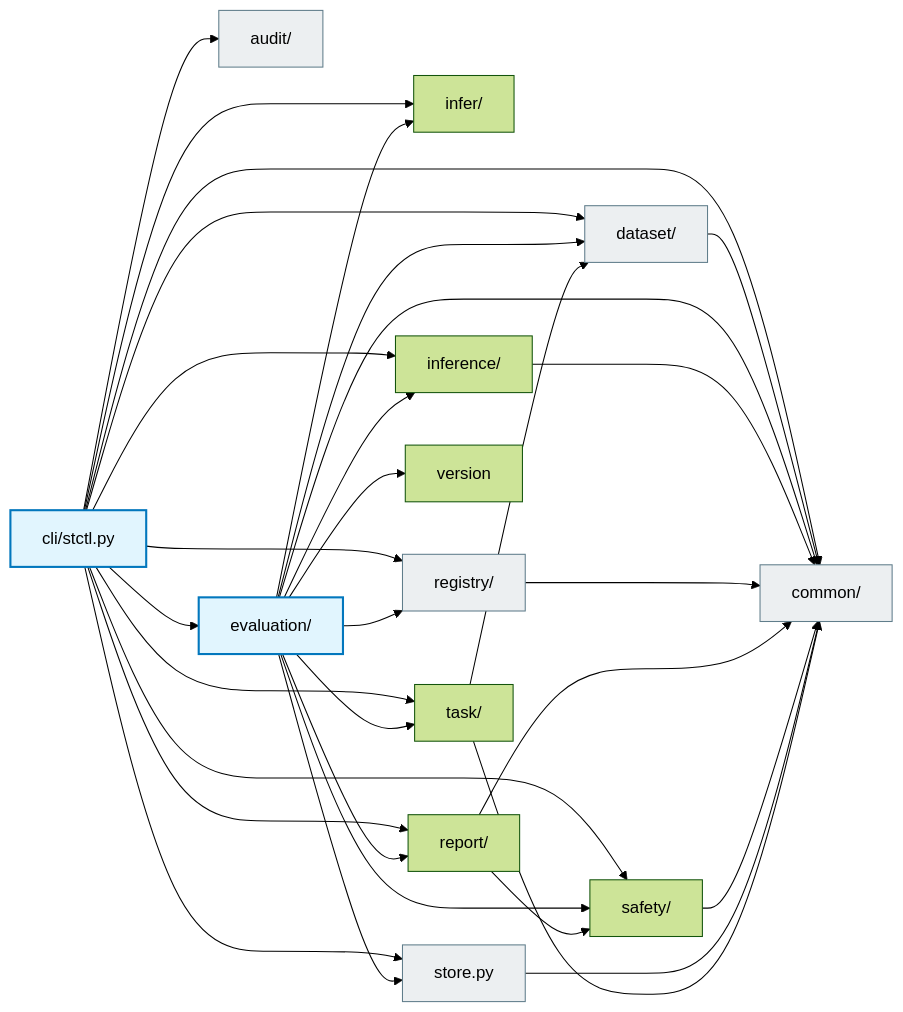
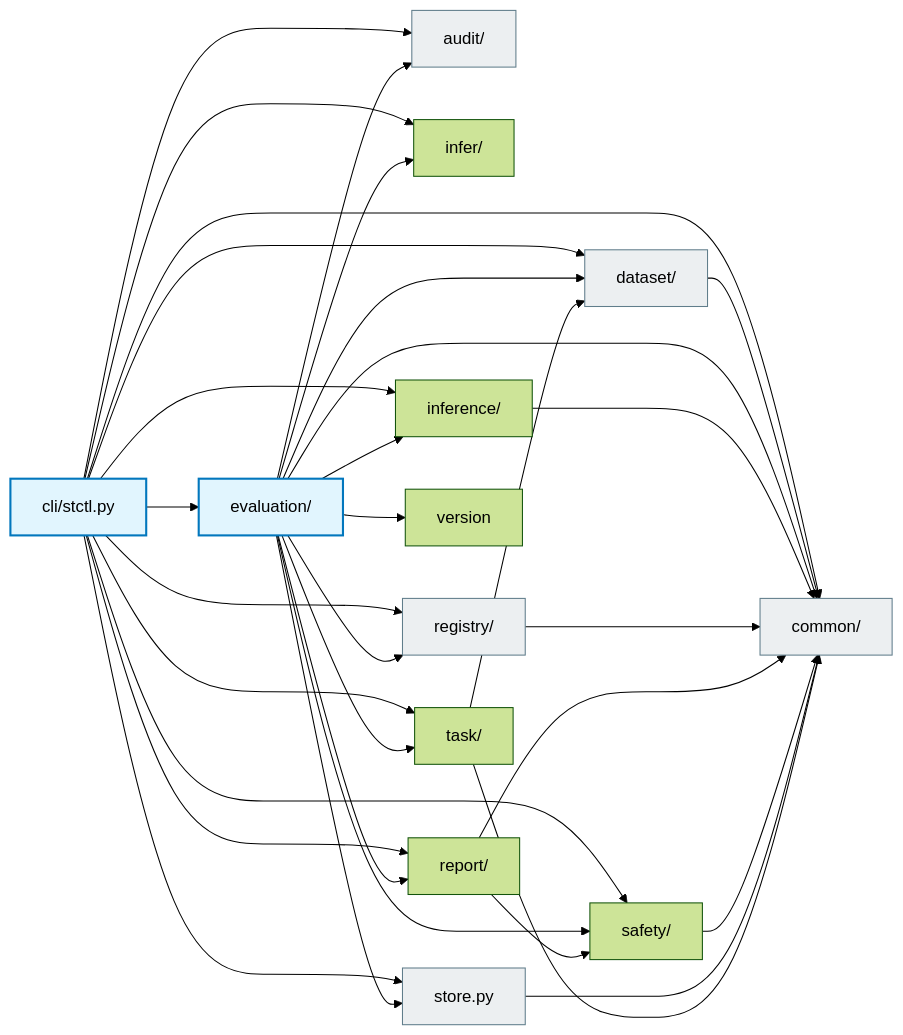
One commit to buhaiqing/SynthTrial changed the fourth of 4 diagrams in docs/design.md. Above: the diagram before and after it, drawn with Mermaid (forest theme). The commit also changed 9 other files, not shown here.

````diff
--- a/docs/design.md
+++ b/docs/design.md
@@ -398,52 +398,53 @@
 ```mermaid
 flowchart LR
     N_AUDIT["audit/"]
     N_CLI["cli/stctl.py"]
     N_COMMON["common/"]
     N_DATASET["dataset/"]
     N_EVALUATION["evaluation/"]
     N_INFER["infer/"]
     N_INFERENCE["inference/"]
     N_REGISTRY["registry/"]
     N_REPORT["report/"]
     N_SAFETY["safety/"]
     N_STORE["store.py"]
     N_TASK["task/"]
     N_VERSION["version"]
 
     N_CLI --> N_AUDIT
     N_CLI --> N_COMMON
     N_CLI --> N_DATASET
     N_CLI --> N_EVALUATION
     N_CLI --> N_INFER
     N_CLI --> N_INFERENCE
     N_CLI --> N_REGISTRY
     N_CLI --> N_REPORT
     N_CLI --> N_SAFETY
     N_CLI --> N_STORE
     N_CLI --> N_TASK
     N_DATASET --> N_COMMON
+    N_EVALUATION --> N_AUDIT
     N_EVALUATION --> N_COMMON
     N_EVALUATION --> N_DATASET
     N_EVALUATION --> N_INFER
     N_EVALUATION --> N_INFERENCE
     N_EVALUATION --> N_REGISTRY
     N_EVALUATION --> N_REPORT
     N_EVALUATION --> N_SAFETY
     N_EVALUATION --> N_STORE
     N_EVALUATION --> N_TASK
     N_EVALUATION --> N_VERSION
     N_INFERENCE --> N_COMMON
     N_REGISTRY --> N_COMMON
     N_REPORT --> N_COMMON
     N_REPORT --> N_SAFETY
     N_SAFETY --> N_COMMON
     N_STORE --> N_COMMON
     N_TASK --> N_COMMON
     N_TASK --> N_DATASET
 
     classDef orch fill:#e1f5fe,stroke:#0277bd,stroke-width:2px
     classDef leaf fill:#eceff1,stroke:#607d8b
     class N_CLI,N_EVALUATION orch
     class N_AUDIT,N_COMMON,N_DATASET,N_REGISTRY,N_STORE leaf
 ```
````
